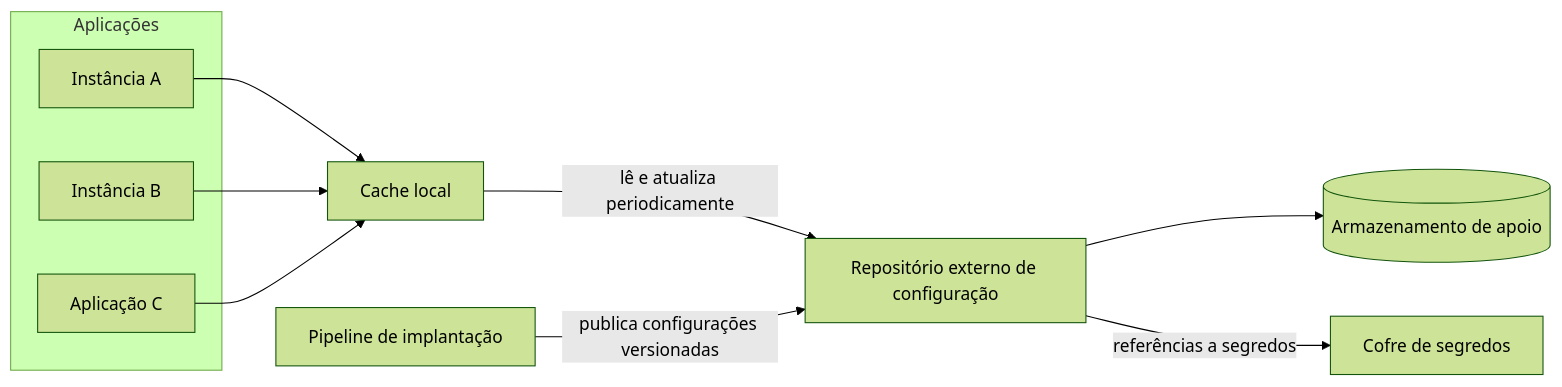
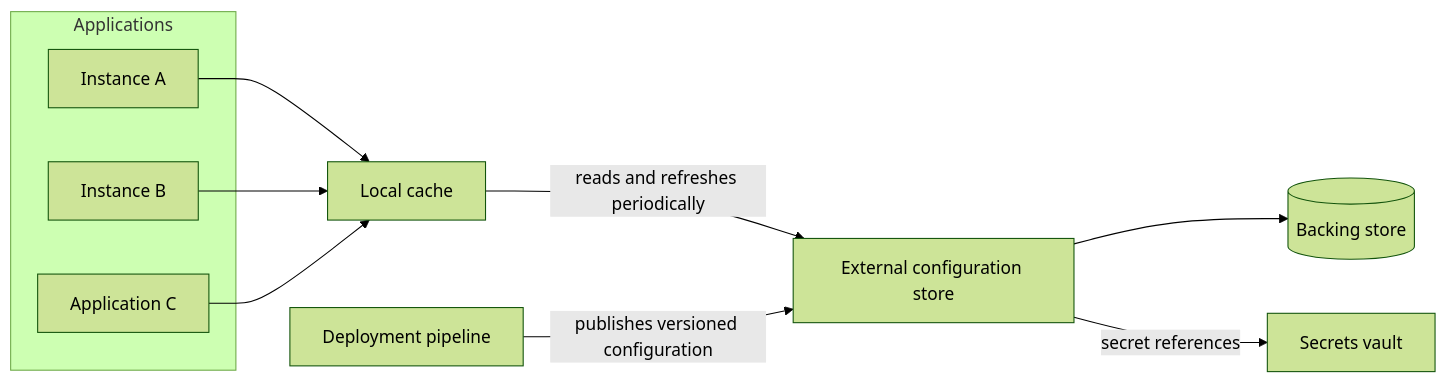
The diagram in docs/cloud/cloud-design-patterns/deployment-and-topology/external-configuration-store.md (alancesar/design-patterns), drawn with Mermaid (forest theme) before and after one commit. The commit also changed 258 other files, not shown here.

First line of the commit message:
Translate Mermaid diagrams to English

````diff
--- a/docs/cloud/cloud-design-patterns/deployment-and-topology/external-configuration-store.md
+++ b/docs/cloud/cloud-design-patterns/deployment-and-topology/external-configuration-store.md
@@ -67,21 +67,21 @@
 ```mermaid
 flowchart LR
-    subgraph Apps["Aplicações"]
-        A1["Instância A"]
-        A2["Instância B"]
-        A3["Aplicação C"]
+    subgraph Apps["Applications"]
+        A1["Instance A"]
+        A2["Instance B"]
+        A3["Application C"]
     end
-    C["Cache local"]
-    S["Repositório externo de configuração"]
-    DB[("Armazenamento de apoio")]
-    K["Cofre de segredos"]
-    P["Pipeline de implantação"]
+    C["Local cache"]
+    S["External configuration store"]
+    DB[("Backing store")]
+    K["Secrets vault"]
+    P["Deployment pipeline"]
 
     A1 --> C
     A2 --> C
     A3 --> C
-    C -- "lê e atualiza periodicamente" --> S
+    C -- "reads and refreshes periodically" --> S
     S --> DB
-    S -- "referências a segredos" --> K
-    P -- "publica configurações versionadas" --> S
+    S -- "secret references" --> K
+    P -- "publishes versioned configuration" --> S
 ```
````
